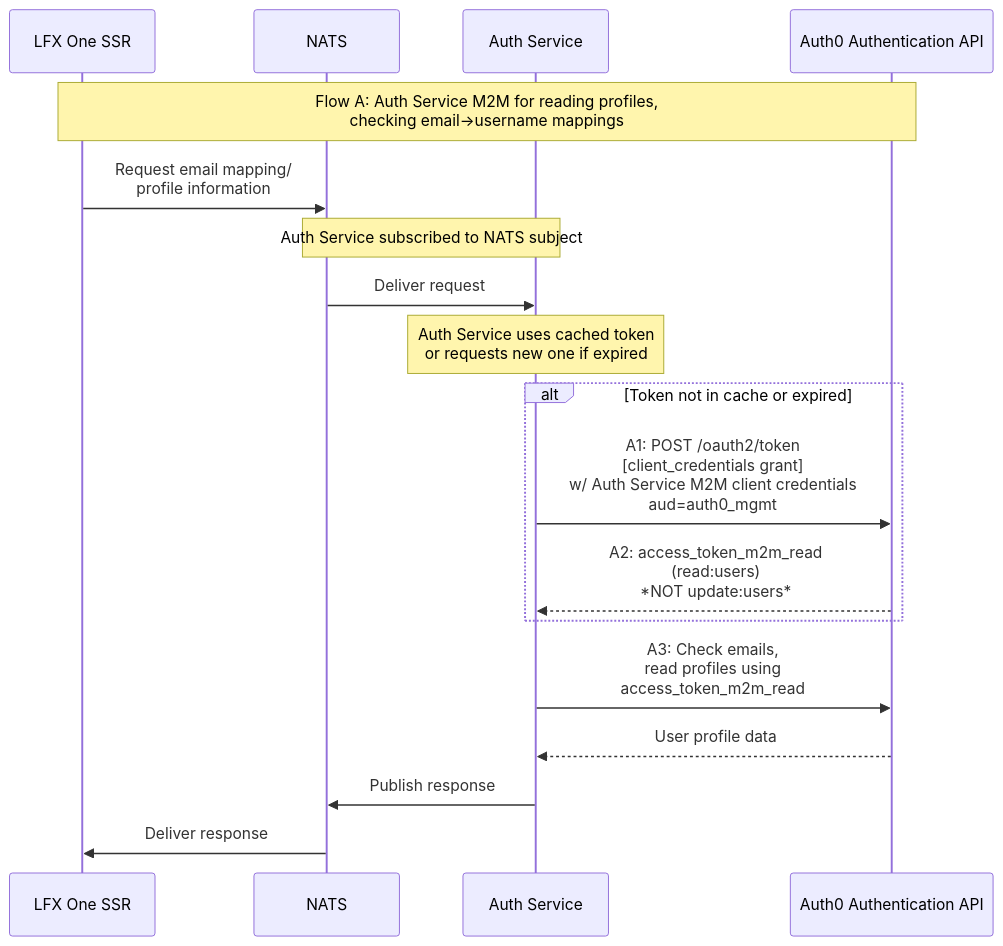
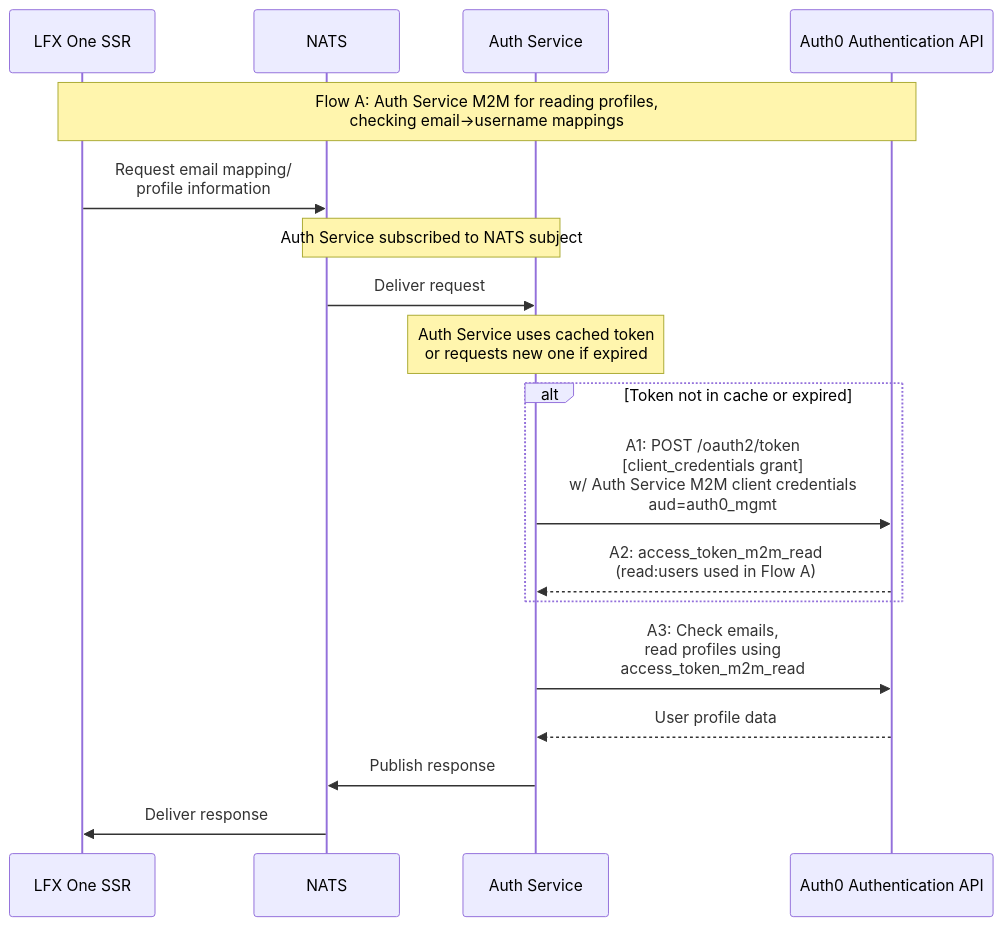
Before and after one commit to linuxfoundation/lfx-v2-auth-service: the diagram in docs/auth-flows/A-auth-service-m2m-profile-lookup.md, drawn with Mermaid. The commit also changed 1 other file, not shown here.

Commit message:
docs(auth-flows): correct M2M and self-update token scopes
Address review feedback from emsearcy on PR #20:

- access_token_mgmt_self uses update:current_user_metadata (self-service),
  not update:users; removed the orphan asterisk
  https://github.com/linuxfoundation/lfx-v2-auth-service/pull/20#discussion_r3357350844

- Auth Service M2M client now holds create/read/update/delete:users; updated
  the client description, security consideration, and Flow A diagram
  https://github.com/linuxfoundation/lfx-v2-auth-service/pull/20#discussion_r3357386945

Issue: LFXV2-888

````diff
--- a/docs/auth-flows/A-auth-service-m2m-profile-lookup.md
+++ b/docs/auth-flows/A-auth-service-m2m-profile-lookup.md
@@ -8,27 +8,27 @@
 ```mermaid
 sequenceDiagram
     participant SSR as LFX One SSR
     participant NATS as NATS
     participant AuthSvc as Auth Service
     participant Auth0 as Auth0 Authentication API
 
     Note over SSR,Auth0: Flow A: Auth Service M2M for reading profiles,<br/>checking email->username mappings
 
     SSR->>NATS: Request email mapping/<br/>profile information
     Note over NATS,AuthSvc: Auth Service subscribed to NATS subject
     NATS->>AuthSvc: Deliver request
 
     Note over AuthSvc: Auth Service uses cached token<br/>or requests new one if expired
 
     alt Token not in cache or expired
         AuthSvc->>Auth0: A1: POST /oauth2/token<br/>[client_credentials grant]<br/>w/ Auth Service M2M client credentials<br/>aud=auth0_mgmt
 
-        Auth0-->>AuthSvc: A2: access_token_m2m_read<br/>(read:users)<br/>*NOT update:users*
+        Auth0-->>AuthSvc: A2: access_token_m2m_read<br/>(read:users used in Flow A)
     end
 
     AuthSvc->>Auth0: A3: Check emails,<br/>read profiles using<br/>access_token_m2m_read
 
     Auth0-->>AuthSvc: User profile data
     AuthSvc->>NATS: Publish response
     NATS->>SSR: Deliver response
 ```
````
